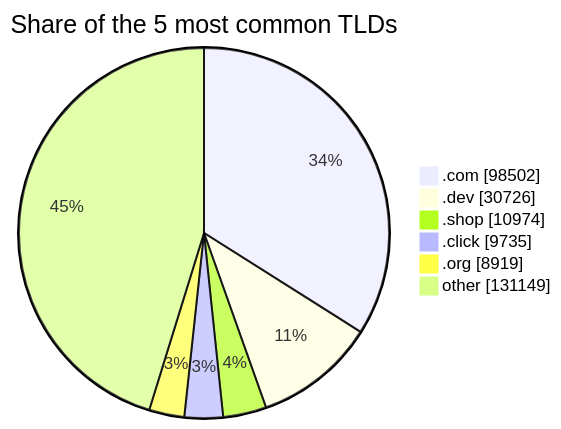
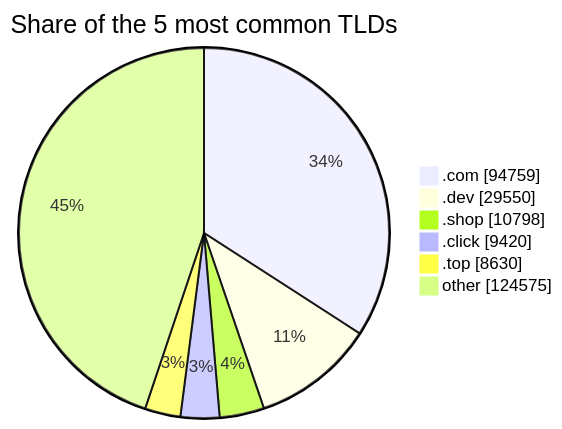
One commit to DNSBunker/CTI changed the third of 3 diagrams in README.md. Above: the diagram before and after it, drawn with Mermaid. The commit also changed other lines of this file and 3 other files, not shown here.

````diff
--- a/README.md
+++ b/README.md
@@ -81,9 +81,9 @@
 ```mermaid
 pie showData title Share of the 5 most common TLDs
-    ".com" : 98502
-    ".dev" : 30726
-    ".shop" : 10974
-    ".click" : 9735
-    ".org" : 8919
-    "other" : 131149
+    ".com" : 94759
+    ".dev" : 29550
+    ".shop" : 10798
+    ".click" : 9420
+    ".top" : 8630
+    "other" : 124575
 ```
````
